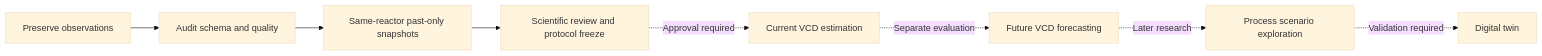
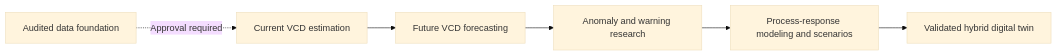
The diagram in README.md (Lakshmi-Sindhu-P/BioSynvia), drawn with Mermaid (base theme) before and after one commit. The commit also changed other lines of this file and 2 other files, not shown here.

Commit message:
Center project mission on lower-intervention bioprocess research

````diff
--- a/README.md
+++ b/README.md
@@ -250,10 +284,8 @@
 ```mermaid
 flowchart LR
-    A[Preserve observations] --> B[Audit schema and quality]
-    B --> C[Same-reactor past-only snapshots]
-    C --> D[Scientific review and protocol freeze]
-    D -. Approval required .-> E[Current VCD estimation]
-    E -. Separate evaluation .-> F[Future VCD forecasting]
-    F -. Later research .-> G[Process scenario exploration]
-    G -. Validation required .-> H[Digital twin]
+    A[Audited data foundation] -. Approval required .-> B[Current VCD estimation]
+    B --> C[Future VCD forecasting]
+    C --> D[Anomaly and warning research]
+    D --> E[Process-response modeling and scenarios]
+    E --> F[Validated hybrid digital twin]
 ```
````
